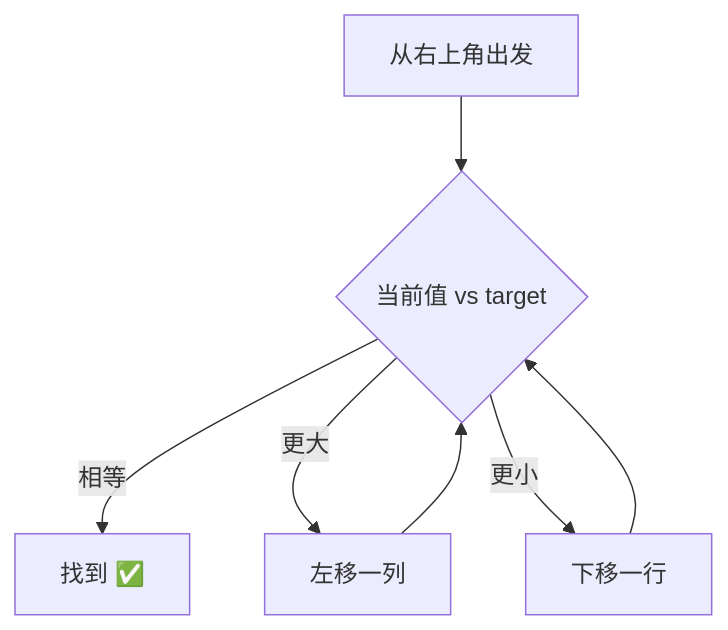
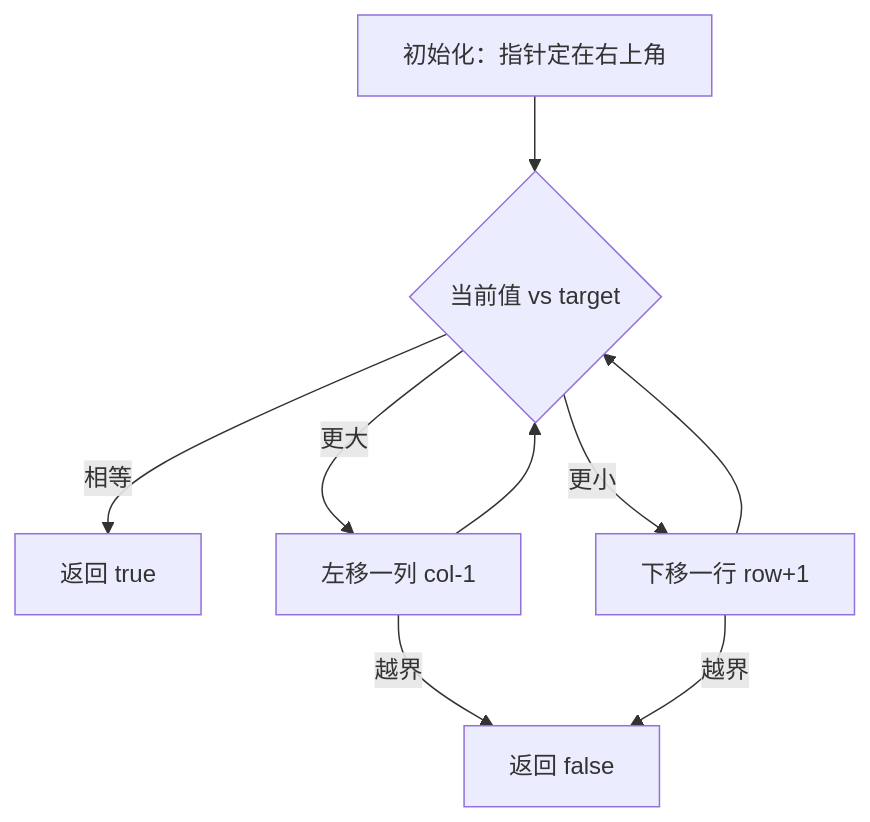
Before and after one commit to OctalZero/hot100-py: the first of 2 diagrams in 06-矩阵/0240-搜索二维矩阵_II.md, drawn with Mermaid. The commit also changed other lines of this file and 117 other files, not shown here.

First line of the commit message:
feat: 全题解配图升级为「动画式 mermaid」（总览骨架 + 横向时间线逐步推演）

````diff
--- a/06-矩阵/0240-搜索二维矩阵_II.md
+++ b/06-矩阵/0240-搜索二维矩阵_II.md
@@ -23,9 +23,11 @@
 ```mermaid
 flowchart TD
-    A["从右上角出发"] --> B{"当前值 vs target"}
-    B -- "相等" --> C["找到 ✅"]
-    B -- "更大" --> D["左移一列"]
-    B -- "更小" --> E["下移一行"]
+    A["初始化：指针定在右上角"] --> B{"当前值 vs target"}
+    B -->|"相等"| C["返回 true"]
+    B -->|"更大"| D["左移一列 col-1"]
+    B -->|"更小"| E["下移一行 row+1"]
     D --> B
     E --> B
+    D -->|"越界"| F["返回 false"]
+    E -->|"越界"| F
 ```
````
